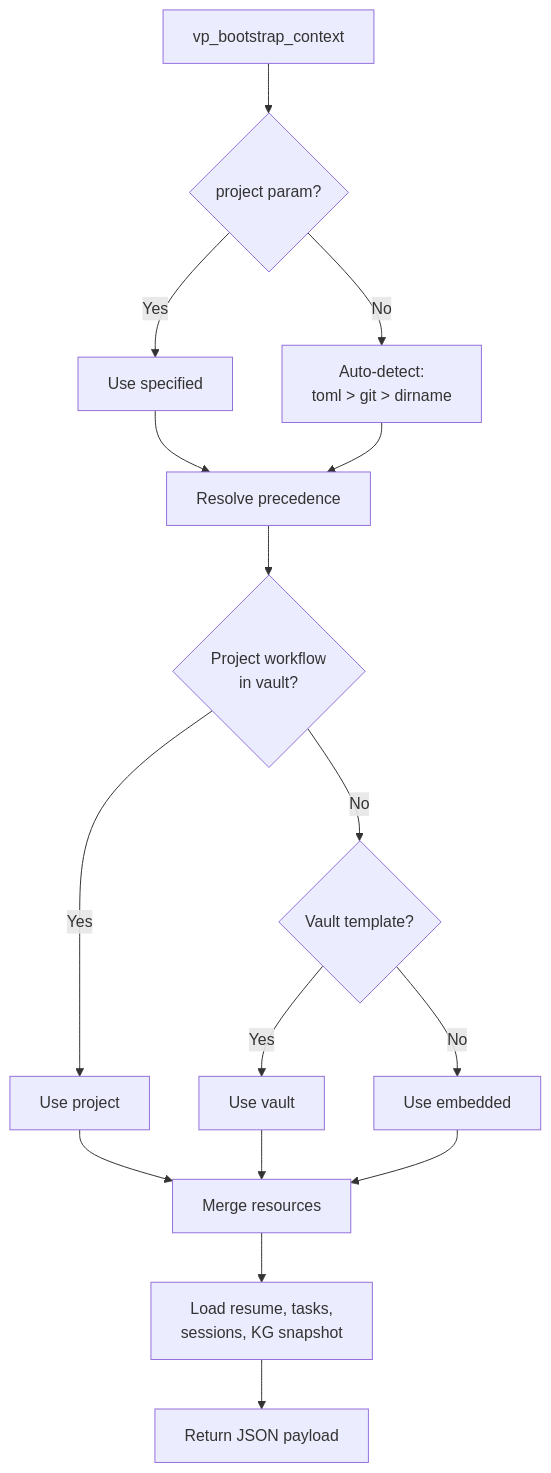
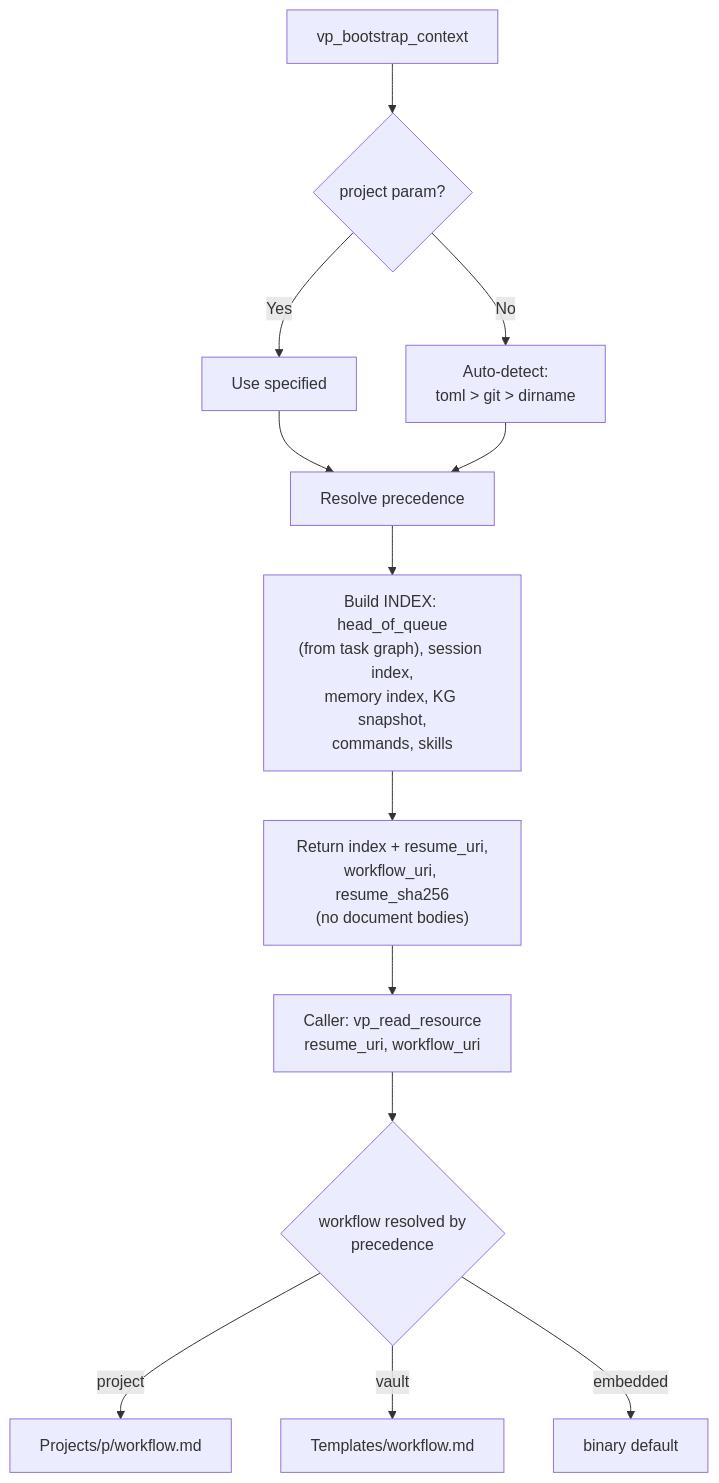
One commit to suykerbuyk/vibe-palace changed the tenth of 12 diagrams in doc/PRD-vibe-palace.md. Above: the diagram before and after it, drawn with Mermaid. The commit also changed other lines of this file and 32 other files, not shown here.

````diff
--- a/doc/PRD-vibe-palace.md
+++ b/doc/PRD-vibe-palace.md
@@ -603,22 +649,17 @@
 ```mermaid
 flowchart TD
     CALL["vp_bootstrap_context"]
     CALL --> DET{"project param?"}
     DET -->|Yes| USE["Use specified"]
     DET -->|No| AUTO["Auto-detect:<br/>toml > git > dirname"]
     USE --> RES["Resolve precedence"]
     AUTO --> RES
 
-    RES --> WF{"Project workflow<br/>in vault?"}
-    WF -->|Yes| WFP["Use project"]
-    WF -->|No| WF2{"Vault template?"}
-    WF2 -->|Yes| WFV["Use vault"]
-    WF2 -->|No| WFE["Use embedded"]
-
-    WFP --> MERGE["Merge resources"]
-    WFV --> MERGE
-    WFE --> MERGE
-
-    MERGE --> LOAD["Load resume, tasks,<br/>sessions, KG snapshot"]
-    LOAD --> OUT["Return JSON payload"]
+    RES --> IDX["Build INDEX: head_of_queue<br/>(from task graph), session index,<br/>memory index, KG snapshot,<br/>commands, skills"]
+    IDX --> OUT["Return index + resume_uri,<br/>workflow_uri, resume_sha256<br/>(no document bodies)"]
+    OUT --> RR["Caller: vp_read_resource<br/>resume_uri, workflow_uri"]
+    RR --> WF{"workflow resolved by<br/>precedence"}
+    WF -->|project| WFP["Projects/p/workflow.md"]
+    WF -->|vault| WFV["Templates/workflow.md"]
+    WF -->|embedded| WFE["binary default"]
 ```
````
